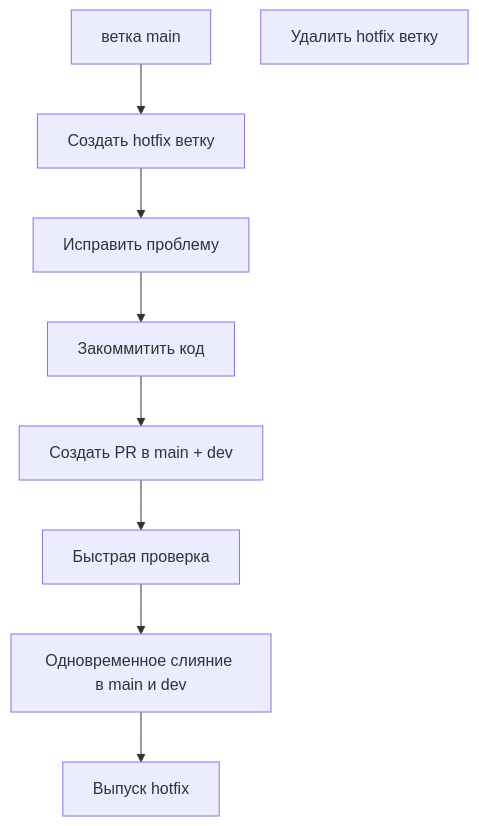
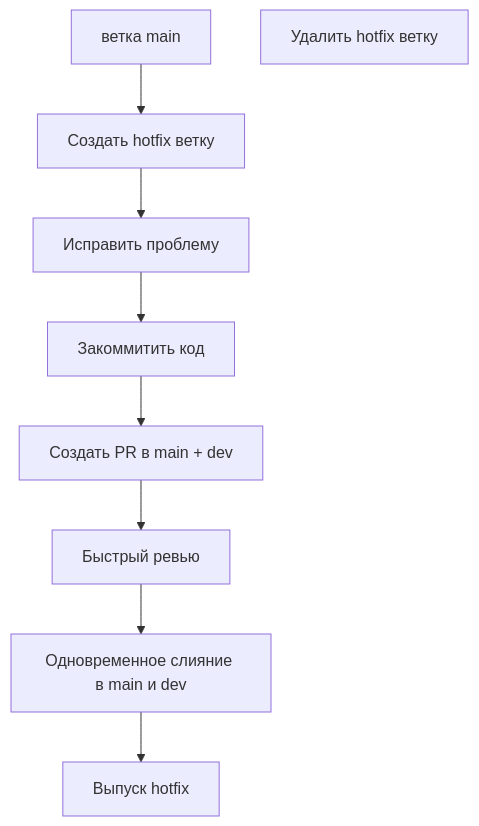
One commit to ChenXu233/YaoXiang changed the second of 3 diagrams in docs/src/ru/dev/branch-maintenance-guide.md. Above: the diagram before and after it, drawn with Mermaid. The commit also changed other lines of this file and 392 other files, not shown here.

````diff
--- a/docs/src/ru/dev/branch-maintenance-guide.md
+++ b/docs/src/ru/dev/branch-maintenance-guide.md
@@ -169,11 +167,11 @@
 ```mermaid
 graph TD
     A[ветка main] --> B[Создать hotfix ветку]
     B --> C[Исправить проблему]
     C --> D[Закоммитить код]
     D --> E[Создать PR в main + dev]
-    E --> F[Быстрая проверка]
+    E --> F[Быстрый ревью]
     F --> G[Одновременное слияние в main и dev]
     G --> H[Выпуск hotfix]
     I[Удалить hotfix ветку]
 ```
````
